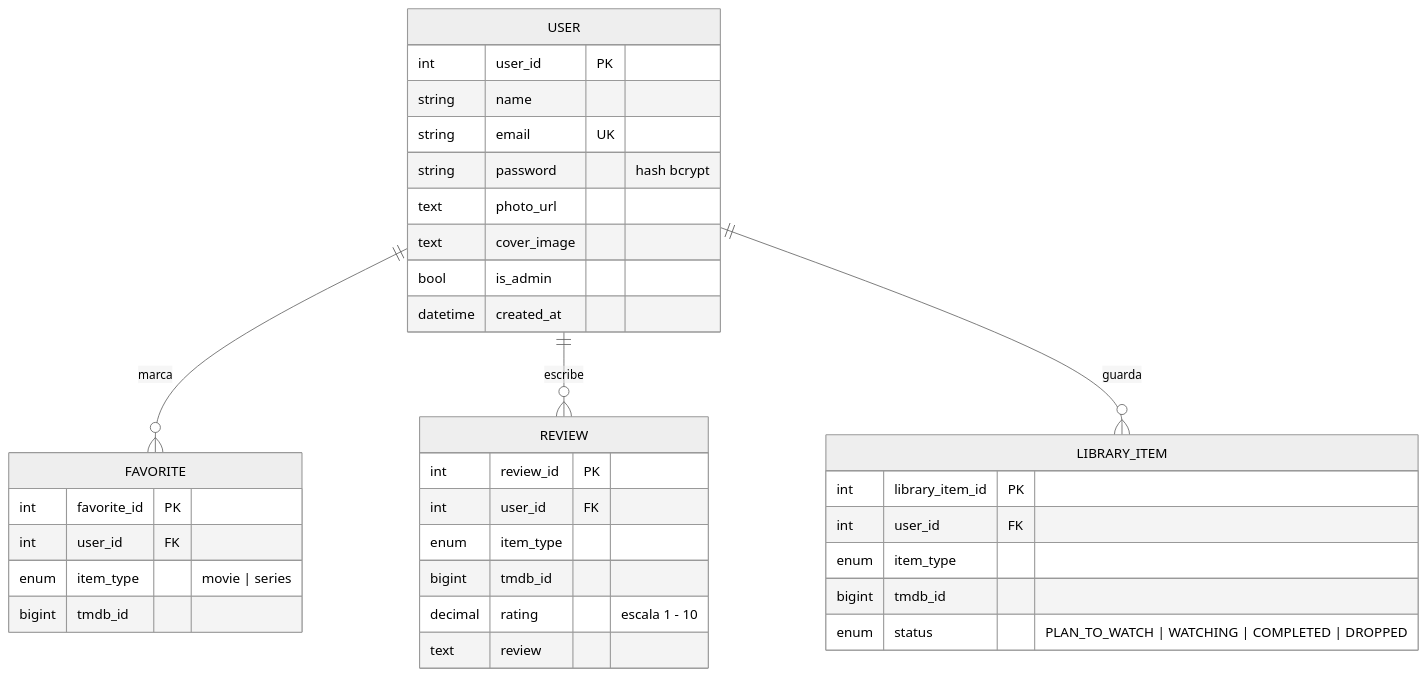
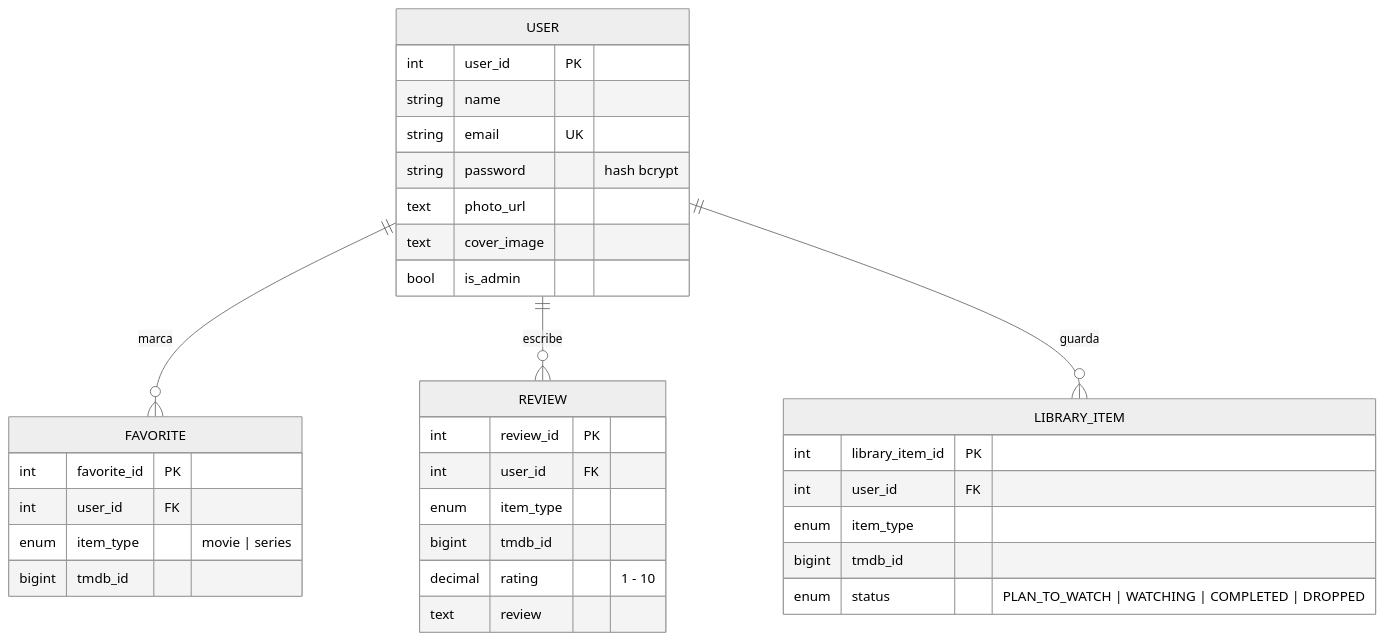
One commit to Pixela-studio/Pixela changed the second of 2 diagrams in README.md. Above: the diagram before and after it, drawn with Mermaid (neutral theme). The commit also changed other lines of this file and 8 other files, not shown here.

````diff
--- a/README.md
+++ b/README.md
@@ -178,38 +133,37 @@
 ```mermaid
 erDiagram
-    USER ||--o{ FAVORITE : "marca"
-    USER ||--o{ REVIEW : "escribe"
-    USER ||--o{ LIBRARY_ITEM : "guarda"
+    USER ||--o{ FAVORITE : marca
+    USER ||--o{ REVIEW : escribe
+    USER ||--o{ LIBRARY_ITEM : guarda
 
     USER {
         int user_id PK
         string name
         string email UK
         string password "hash bcrypt"
         text photo_url
         text cover_image
         bool is_admin
-        datetime created_at
     }
     FAVORITE {
         int favorite_id PK
         int user_id FK
         enum item_type "movie | series"
         bigint tmdb_id
     }
     REVIEW {
         int review_id PK
         int user_id FK
         enum item_type
         bigint tmdb_id
-        decimal rating "escala 1 - 10"
+        decimal rating "1 - 10"
         text review
     }
     LIBRARY_ITEM {
         int library_item_id PK
         int user_id FK
         enum item_type
         bigint tmdb_id
         enum status "PLAN_TO_WATCH | WATCHING | COMPLETED | DROPPED"
     }
 ```
````
